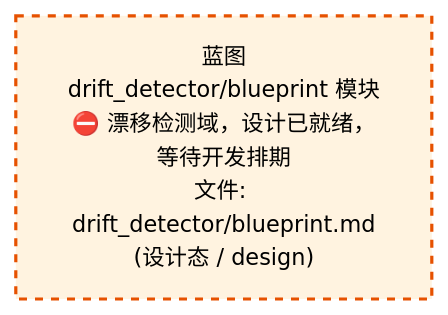
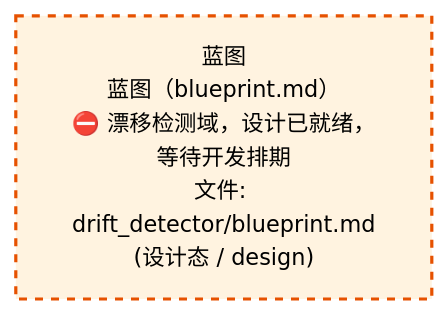
Before and after one commit to xuanFelixVan/ZephyrAlpha: the third of 4 diagrams in docs/02_enterprise_architecture/02_domain_architecture_docs/52_d_gov_drift.md, drawn with Mermaid. The commit also changed other lines of this file and 61 other files, not shown here.

````diff
--- a/docs/02_enterprise_architecture/02_domain_architecture_docs/52_d_gov_drift.md
+++ b/docs/02_enterprise_architecture/02_domain_architecture_docs/52_d_gov_drift.md
@@ -457,10 +457,10 @@
 ```mermaid
 %%{init: {'theme': 'base', 'themeVariables': {'primaryColor': '#eaeaea', 'primaryTextColor': '#333333', 'primaryBorderColor': '#666666', 'lineColor': '#666666', 'secondaryColor': '#eaeaea', 'tertiaryColor': '#eaeaea', 'fontSize': '14px'}}}%%
 flowchart TD
-    docs_03_modules_domain_governance_drift_detector_blueprint_md["蓝图<br/>drift_detector/blueprint 模块<br/>⛔ 漂移检测域，设计已就绪，等待开发排期<br/>文件: drift_detector/blueprint.md<br/>(设计态 / design)"]
+    docs_03_modules_domain_governance_drift_detector_blueprint_md["蓝图<br/>蓝图（blueprint.md）<br/>⛔ 漂移检测域，设计已就绪，等待开发排期<br/>文件: drift_detector/blueprint.md<br/>(设计态 / design)"]
     classDef production fill:#e1f5fe,stroke:#01579b,stroke-width:2px,color:#000
     classDef design fill:#fff3e0,stroke:#e65100,stroke-width:2px,color:#000,stroke-dasharray: 5 5
     classDef external_prod fill:#e8f4fd,stroke:#0277bd,stroke-width:1px,color:#000
     classDef external_design fill:#fff8e7,stroke:#ef6c00,stroke-width:1px,color:#000,stroke-dasharray: 5 5
     class docs_03_modules_domain_governance_drift_detector_blueprint_md design
 ```
````
